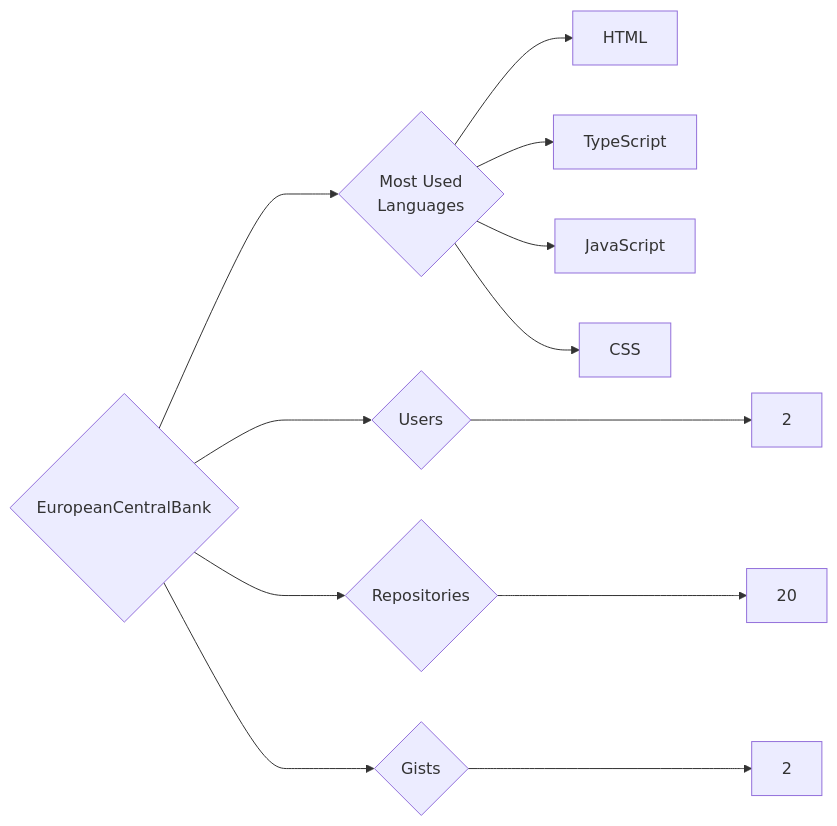
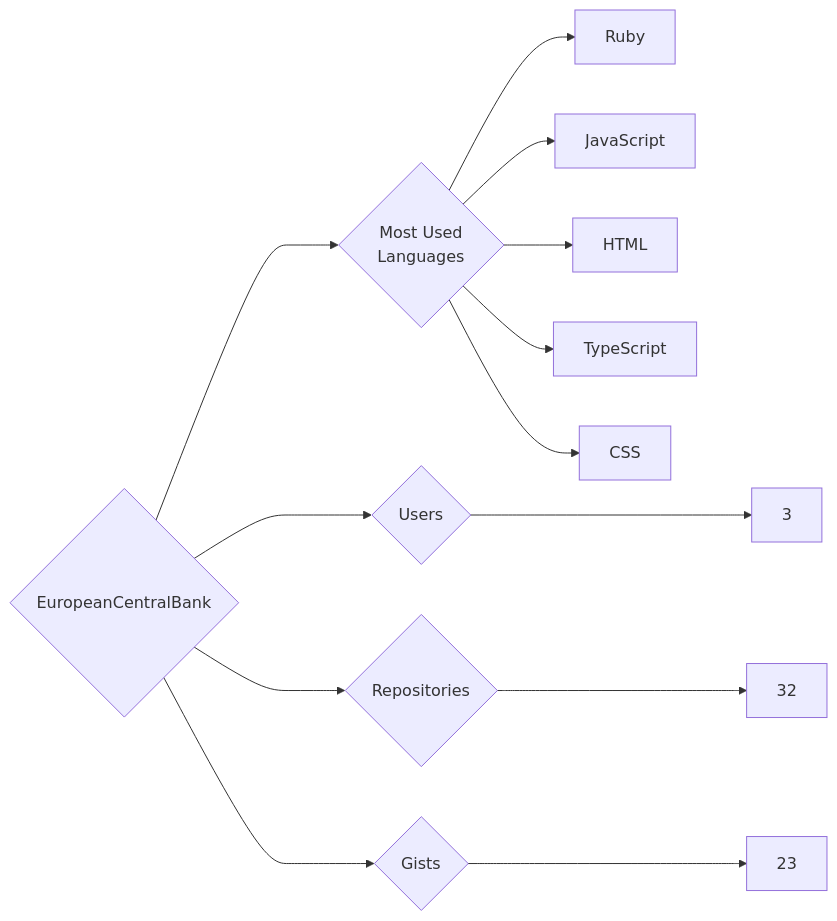
The diagram in targets/EuropeanCentralBank/README.md (trickest/insiders), drawn with Mermaid before and after one commit. The commit also changed 912 other files, not shown here.

````diff
--- a/targets/EuropeanCentralBank/README.md
+++ b/targets/EuropeanCentralBank/README.md
@@ -3,12 +3,13 @@
 ```mermaid
 graph LR
 COMPANY_NAME{EuropeanCentralBank}
-COMPANY_NAME ---> U{Users} ---> UN[2]
-COMPANY_NAME ---> R{Repositories} ---> RN[20]
-COMPANY_NAME ---> G{Gists} ---> GN[2]
+COMPANY_NAME ---> U{Users} ---> UN[3]
+COMPANY_NAME ---> R{Repositories} ---> RN[32]
+COMPANY_NAME ---> G{Gists} ---> GN[23]
 COMPANY_NAME ---> ML{Most Used<br>Languages}
+ML --> Ruby[Ruby]
+ML --> JavaScript[JavaScript]
 ML --> HTML[HTML]
 ML --> TypeScript[TypeScript]
-ML --> JavaScript[JavaScript]
 ML --> CSS[CSS]
 ```
````
